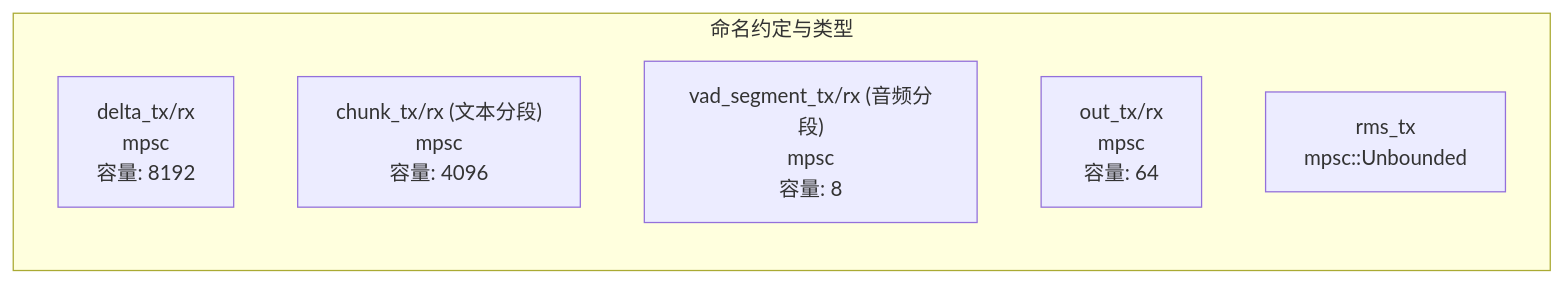
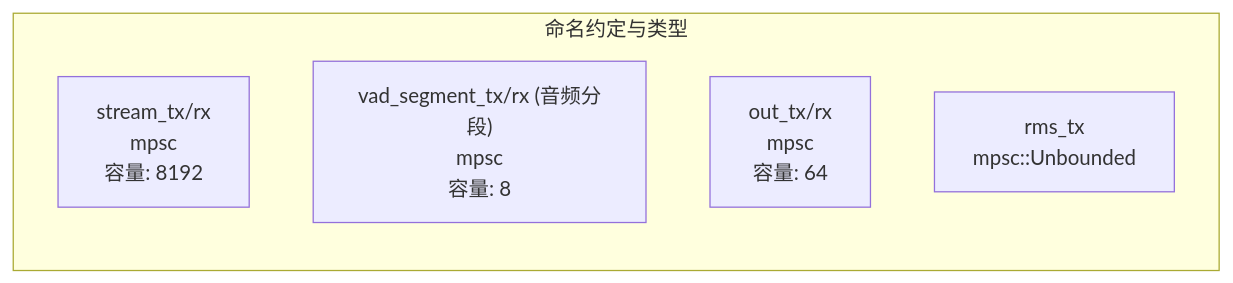
Before and after one commit to sanshanya/rcat-voice: the first of 4 diagrams in docs/ARCHITECTURE.md, drawn with Mermaid. The commit also changed other lines of this file and 19 other files, not shown here.

````diff
--- a/docs/ARCHITECTURE.md
+++ b/docs/ARCHITECTURE.md
@@ -127,10 +135,9 @@
 ```mermaid
 flowchart LR
     subgraph Channels["命名约定与类型"]
-        D["delta_tx/rx<br/>mpsc<String><br/>容量: 8192"]
-        C["chunk_tx/rx (文本分段)<br/>mpsc<Segment><br/>容量: 4096"]
+        D["stream_tx/rx<br/>mpsc<StreamMsg><br/>容量: 8192"]
         S["vad_segment_tx/rx (音频分段)<br/>mpsc<VadSegment><br/>容量: 8"]
         A["out_tx/rx<br/>mpsc<AsrSegment><br/>容量: 64"]
         R["rms_tx<br/>mpsc::Unbounded"]
     end
 ```
````
